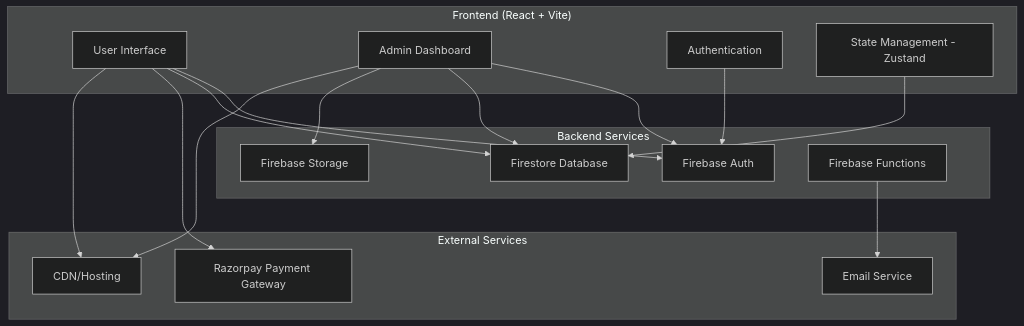
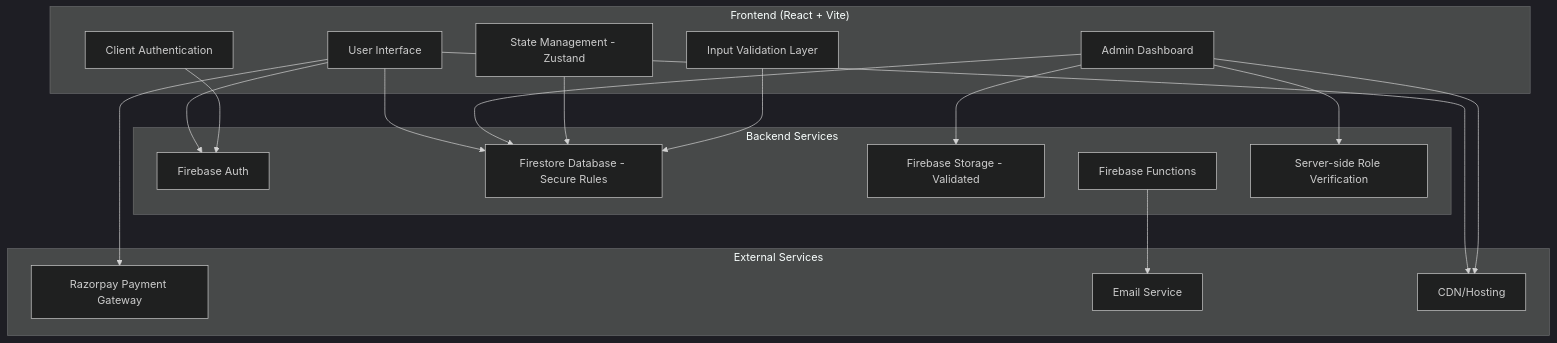
The first of 14 diagrams in ARCHITECTURE_DIAGRAMS.md (anathema43/Ramro), drawn with Mermaid (dark theme) before and after one commit. The commit also changed other lines of this file and 131 other files, not shown here.

````diff
--- a/ARCHITECTURE_DIAGRAMS.md
+++ b/ARCHITECTURE_DIAGRAMS.md
@@ -5,34 +13,37 @@
 ```mermaid
 graph TB
     subgraph "Frontend (React + Vite)"
         A[User Interface]
         B[Admin Dashboard]
-        C[Authentication]
+        C[Client Authentication]
         D[State Management - Zustand]
+        E[Input Validation Layer]
     end
     
     subgraph "Backend Services"
-        E[Firebase Auth]
-        F[Firestore Database]
-        G[Firebase Storage]
-        H[Firebase Functions]
+        F[Firebase Auth]
+        G[Firestore Database - Secure Rules]
+        H[Firebase Storage - Validated]
+        I[Firebase Functions]
+        J[Server-side Role Verification]
     end
     
     subgraph "External Services"
-        I[Razorpay Payment Gateway]
-        J[Email Service]
-        K[CDN/Hosting]
+        K[Razorpay Payment Gateway]
+        L[Email Service]
+        M[CDN/Hosting]
     end
     
-    A --> E
     A --> F
-    A --> I
-    B --> E
-    B --> F
+    A --> G
+    A --> K
+    B --> J
     B --> G
-    C --> E
-    D --> F
-    H --> J
-    A --> K
-    B --> K
+    B --> H
+    C --> F
+    D --> G
+    E --> G
+    I --> L
+    A --> M
+    B --> M
 ```
````
